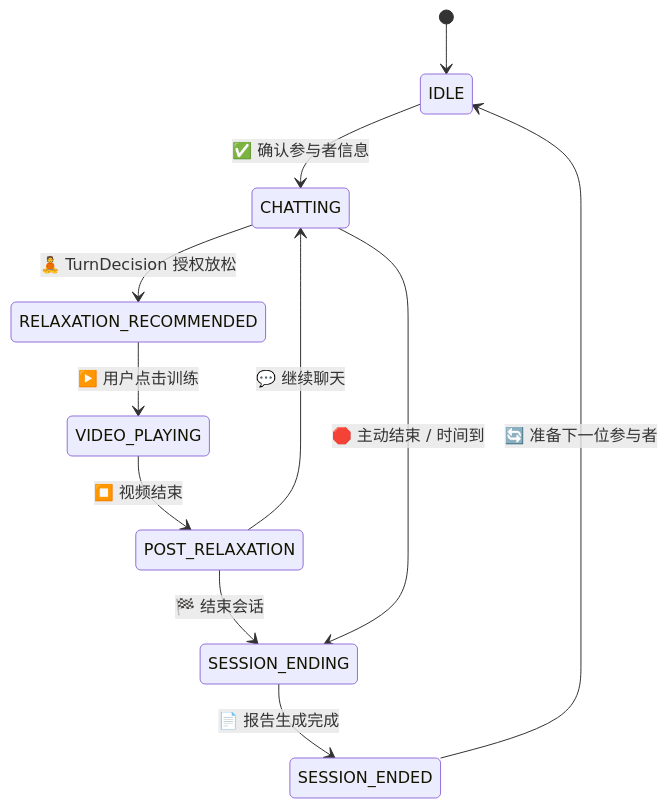
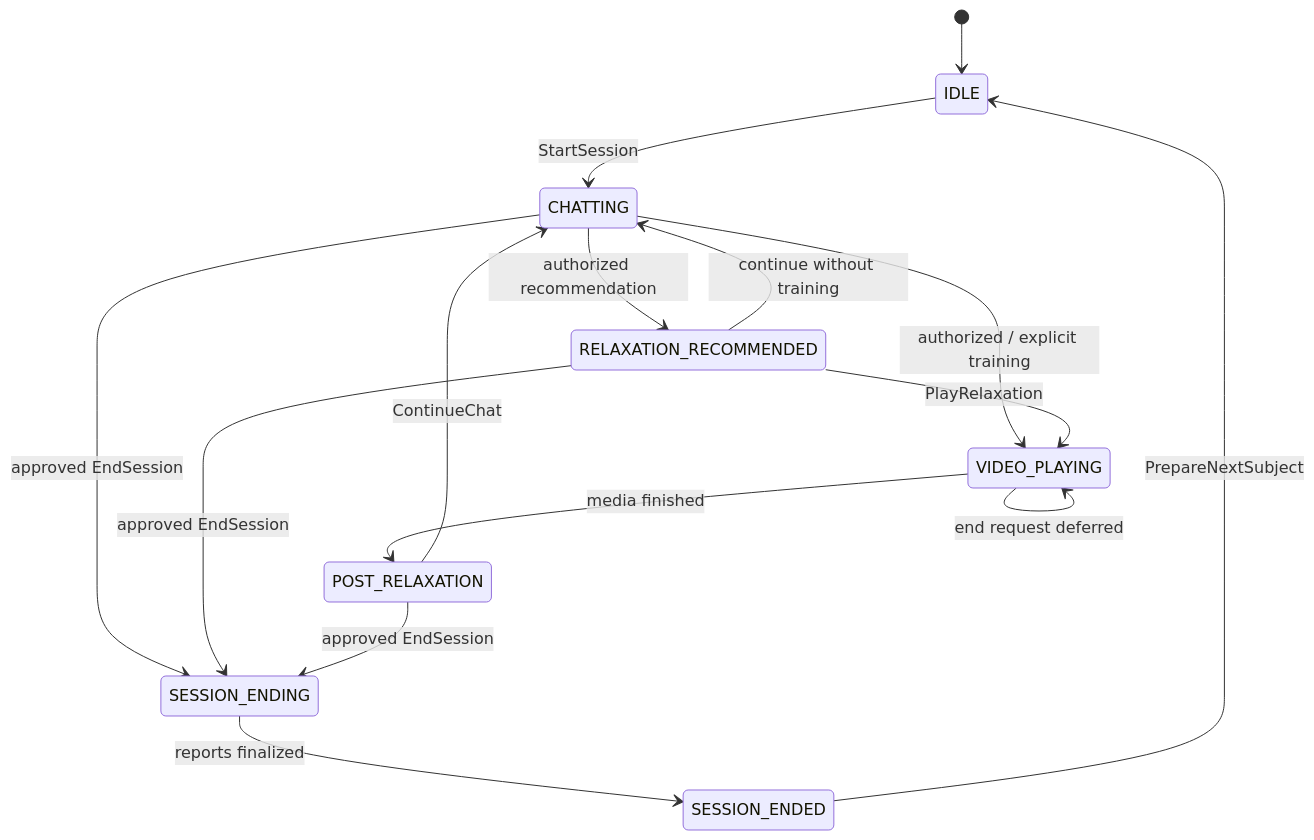
One commit to jersery66/voicechat3 changed the fourth of 10 diagrams in README.md. Above: the diagram before and after it, drawn with Mermaid. The commit also changed other lines of this file, not shown here.

Commit message:
docs: document authority boundaries and delivery architecture

````diff
--- a/README.md
+++ b/README.md
@@ -229,13 +455,17 @@
 ```mermaid
 stateDiagram-v2
     [*] --> IDLE
-    IDLE --> CHATTING: ✅ 确认参与者信息
-    CHATTING --> RELAXATION_RECOMMENDED: 🧘 TurnDecision 授权放松
-    RELAXATION_RECOMMENDED --> VIDEO_PLAYING: ▶️ 用户点击训练
-    VIDEO_PLAYING --> POST_RELAXATION: ⏹️ 视频结束
-    POST_RELAXATION --> CHATTING: 💬 继续聊天
-    POST_RELAXATION --> SESSION_ENDING: 🏁 结束会话
-    CHATTING --> SESSION_ENDING: 🛑 主动结束 / 时间到
-    SESSION_ENDING --> SESSION_ENDED: 📄 报告生成完成
-    SESSION_ENDED --> IDLE: 🔄 准备下一位参与者
+    IDLE --> CHATTING: StartSession
+    CHATTING --> RELAXATION_RECOMMENDED: authorized recommendation
+    RELAXATION_RECOMMENDED --> CHATTING: continue without training
+    CHATTING --> VIDEO_PLAYING: authorized / explicit training
+    RELAXATION_RECOMMENDED --> VIDEO_PLAYING: PlayRelaxation
+    VIDEO_PLAYING --> POST_RELAXATION: media finished
+    POST_RELAXATION --> CHATTING: ContinueChat
+    CHATTING --> SESSION_ENDING: approved EndSession
+    RELAXATION_RECOMMENDED --> SESSION_ENDING: approved EndSession
+    POST_RELAXATION --> SESSION_ENDING: approved EndSession
+    VIDEO_PLAYING --> VIDEO_PLAYING: end request deferred
+    SESSION_ENDING --> SESSION_ENDED: reports finalized
+    SESSION_ENDED --> IDLE: PrepareNextSubject
 ```
````
